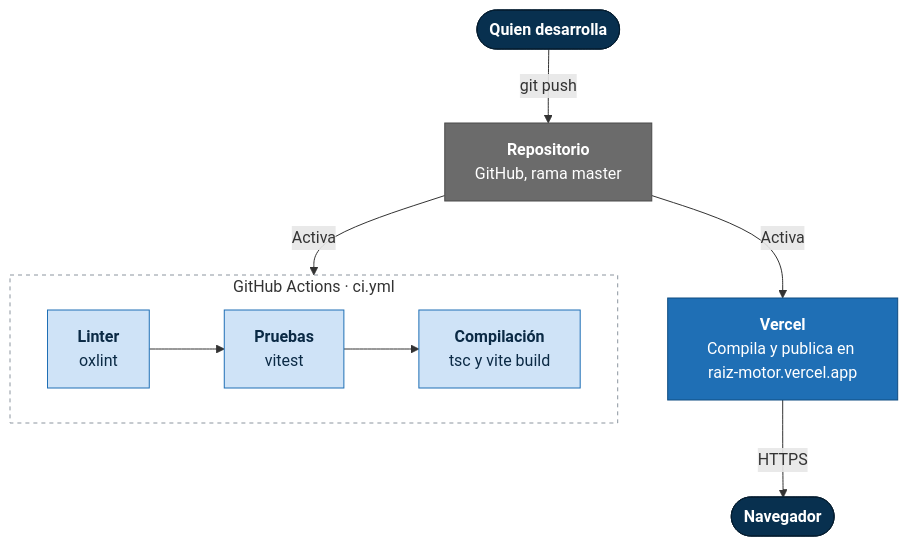
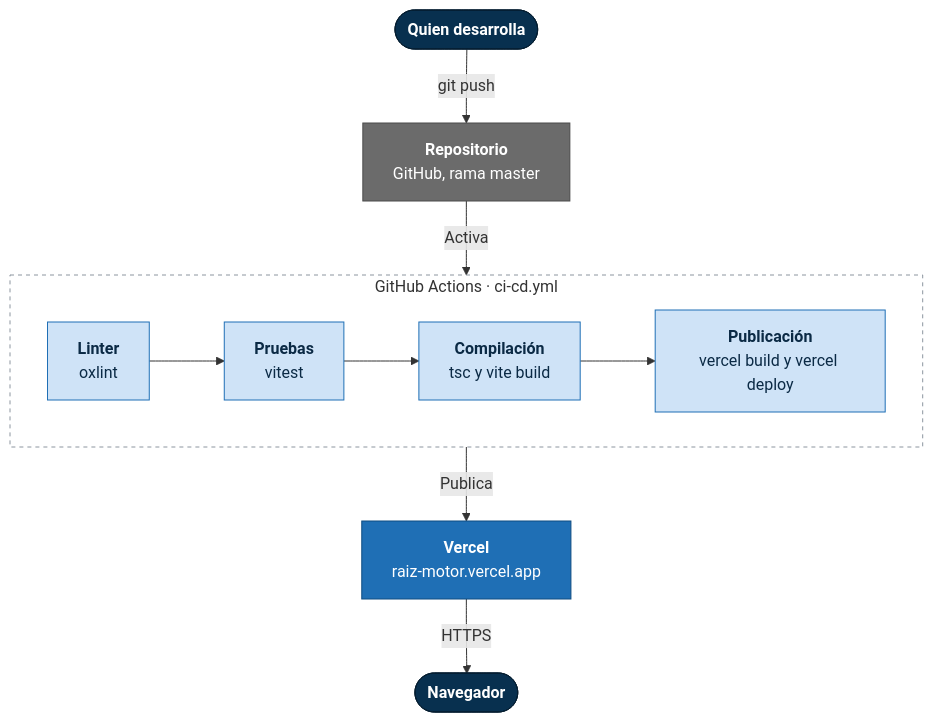
Before and after one commit to jespinal899/raizMotor: the sixth of 6 diagrams in docs/arquitectura.md, drawn with Mermaid. The commit also changed other lines of this file and 1 other file, not shown here.

Commit message:
docs: documenta la publicación desde el pipeline
El README y la arquitectura explican que el pipeline es quien publica en
Vercel, qué secretos necesita y que, si un paso falla, el sitio
publicado no cambia.

````diff
--- a/docs/arquitectura.md
+++ b/docs/arquitectura.md
@@ -275,35 +275,36 @@
 ```mermaid
 %%{init: {"flowchart": {"wrappingWidth": 170}}}%%
 flowchart TB
     accTitle: Despliegue de DomusRaíz
-    accDescr: Un push a master llega al repositorio de GitHub. Vercel compila el sitio y lo publica, y el navegador lo abre desde ahí. Por su lado, GitHub Actions ejecuta el linter, las pruebas y la compilación.
+    accDescr: Un push a master activa GitHub Actions, que ejecuta el linter, las pruebas y la compilación y, si todo pasa, publica el resultado en Vercel, desde donde lo abre el navegador.
 
     dev(["<b>Quien desarrolla</b>"])
     repo["<b>Repositorio</b><br/>GitHub, rama master"]
 
-    subgraph ci ["GitHub Actions · ci.yml"]
+    subgraph ci ["GitHub Actions · ci-cd.yml"]
         direction LR
         lint["<b>Linter</b><br/>oxlint"]
         test["<b>Pruebas</b><br/>vitest"]
         build["<b>Compilación</b><br/>tsc y vite build"]
-        lint --> test --> build
+        publish["<b>Publicación</b><br/>vercel build y vercel deploy"]
+        lint --> test --> build --> publish
     end
 
-    pages["<b>Vercel</b><br/>Compila y publica en raiz-motor.vercel.app"]
+    pages["<b>Vercel</b><br/>raiz-motor.vercel.app"]
     browser(["<b>Navegador</b>"])
 
     dev -- "git push" --> repo
     repo -- "Activa" --> ci
-    repo -- "Activa" --> pages
+    ci -- "Publica" --> pages
     pages -- "HTTPS" --> browser
 
     classDef persona fill:#08304f,stroke:#041d30,color:#fff
     classDef contenedor fill:#1f6fb5,stroke:#0f4c81,color:#fff
     classDef componente fill:#cfe3f7,stroke:#1f6fb5,color:#0b2a45
     classDef externo fill:#6b6b6b,stroke:#4a4a4a,color:#fff
     class dev,browser persona
     class pages contenedor
-    class lint,test,build componente
+    class lint,test,build,publish componente
     class repo externo
     style ci fill:none,stroke:#8c959f,stroke-dasharray:4 4
 ```
````
